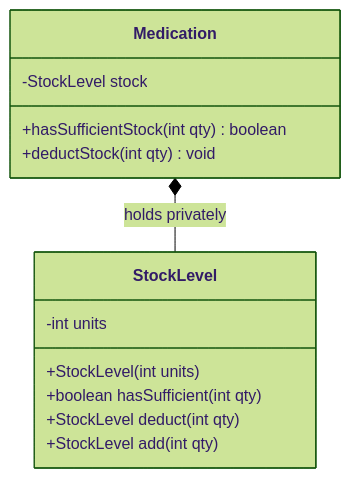
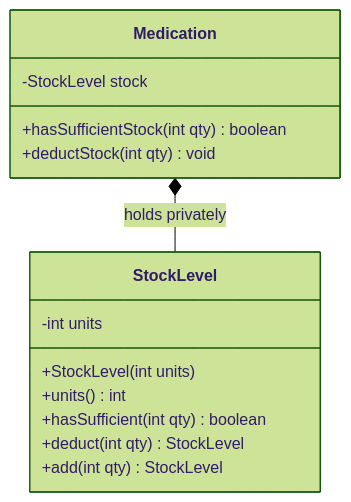
Before and after one commit to john-okyere-282/akosua-pharmacy-project: the diagram in docs/decisions/ADR-002-stock-invariant.md, drawn with Mermaid (forest theme). The commit also changed 8 other files, not shown here.

Commit message:
docs: fix Mermaid syntax errors and overhaul README with old/new architecture and ADR rationales

````diff
--- a/docs/decisions/ADR-002-stock-invariant.md
+++ b/docs/decisions/ADR-002-stock-invariant.md
@@ -15,16 +15,17 @@
 ```mermaid
 classDiagram
     class StockLevel {
         -int units
         +StockLevel(int units)
-        +boolean hasSufficient(int qty)
-        +StockLevel deduct(int qty)
-        +StockLevel add(int qty)
+        +units() int
+        +hasSufficient(int qty) boolean
+        +deduct(int qty) StockLevel
+        +add(int qty) StockLevel
     }
     class Medication {
         -StockLevel stock
         +hasSufficientStock(int qty) boolean
         +deductStock(int qty) void
     }
     Medication *-- StockLevel : holds privately
 ```
````
